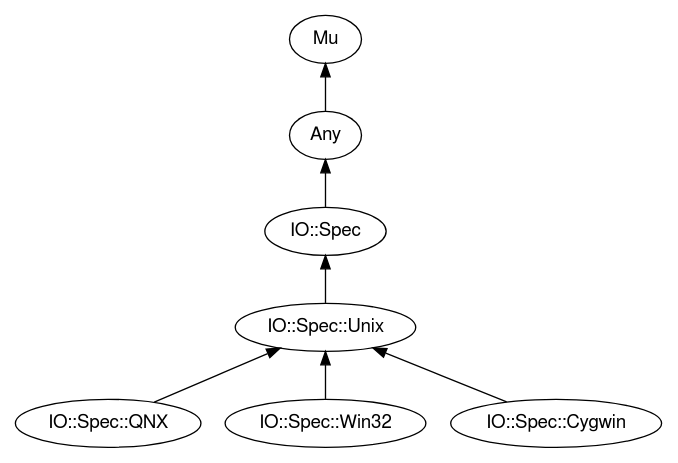
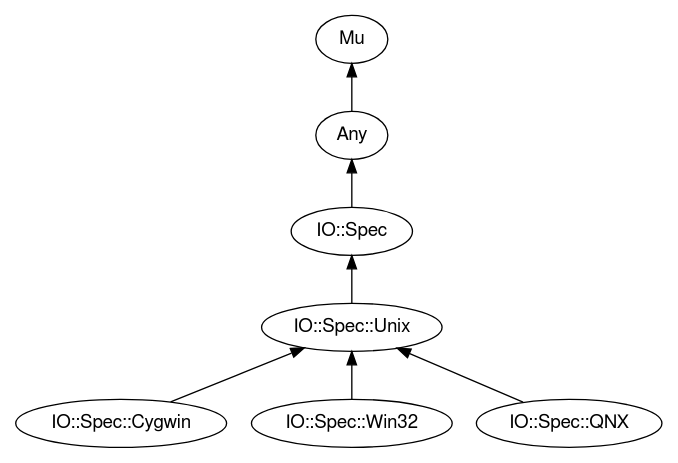
One commit to perl6docs/perl6docs.github.io changed the diagram in images/type-graph-IO::Spec.svg.dot. Above: the diagram before and after it, drawn with Graphviz. The commit also changed other lines of this file and 4398 other files, not shown here.

```diff
--- a/images/type-graph-IO::Spec.svg.dot
+++ b/images/type-graph-IO::Spec.svg.dot
@@ -1,23 +1,23 @@
 digraph "perl6-type-graph" {
     rankdir=BT;
     splines=polyline;
     overlap=false; 
     // Types
     "IO::Spec" [color="#000000", fontcolor="#000000", href="/type/IO::Spec", fontname="FreeSans"];
     "Mu" [color="#000000", fontcolor="#000000", href="/type/Mu", fontname="FreeSans"];
     "Any" [color="#000000", fontcolor="#000000", href="/type/Any", fontname="FreeSans"];
     "IO::Spec::Unix" [color="#000000", fontcolor="#000000", href="/type/IO::Spec::Unix", fontname="FreeSans"];
+    "IO::Spec::Cygwin" [color="#000000", fontcolor="#000000", href="/type/IO::Spec::Cygwin", fontname="FreeSans"];
+    "IO::Spec::Win32" [color="#000000", fontcolor="#000000", href="/type/IO::Spec::Win32", fontname="FreeSans"];
     "IO::Spec::QNX" [color="#000000", fontcolor="#000000", href="/type/IO::Spec::QNX", fontname="FreeSans"];
-    "IO::Spec::Win32" [color="#000000", fontcolor="#000000", href="/type/IO::Spec::Win32", fontname="FreeSans"];
-    "IO::Spec::Cygwin" [color="#000000", fontcolor="#000000", href="/type/IO::Spec::Cygwin", fontname="FreeSans"];
 
     // Superclasses
     "IO::Spec" -> "Any" [color="#000000"];
     "Any" -> "Mu" [color="#000000"];
     "IO::Spec::Unix" -> "IO::Spec" [color="#000000"];
+    "IO::Spec::Cygwin" -> "IO::Spec::Unix" [color="#000000"];
+    "IO::Spec::Win32" -> "IO::Spec::Unix" [color="#000000"];
     "IO::Spec::QNX" -> "IO::Spec::Unix" [color="#000000"];
-    "IO::Spec::Win32" -> "IO::Spec::Unix" [color="#000000"];
-    "IO::Spec::Cygwin" -> "IO::Spec::Unix" [color="#000000"];
 
     // Roles
 }
```
